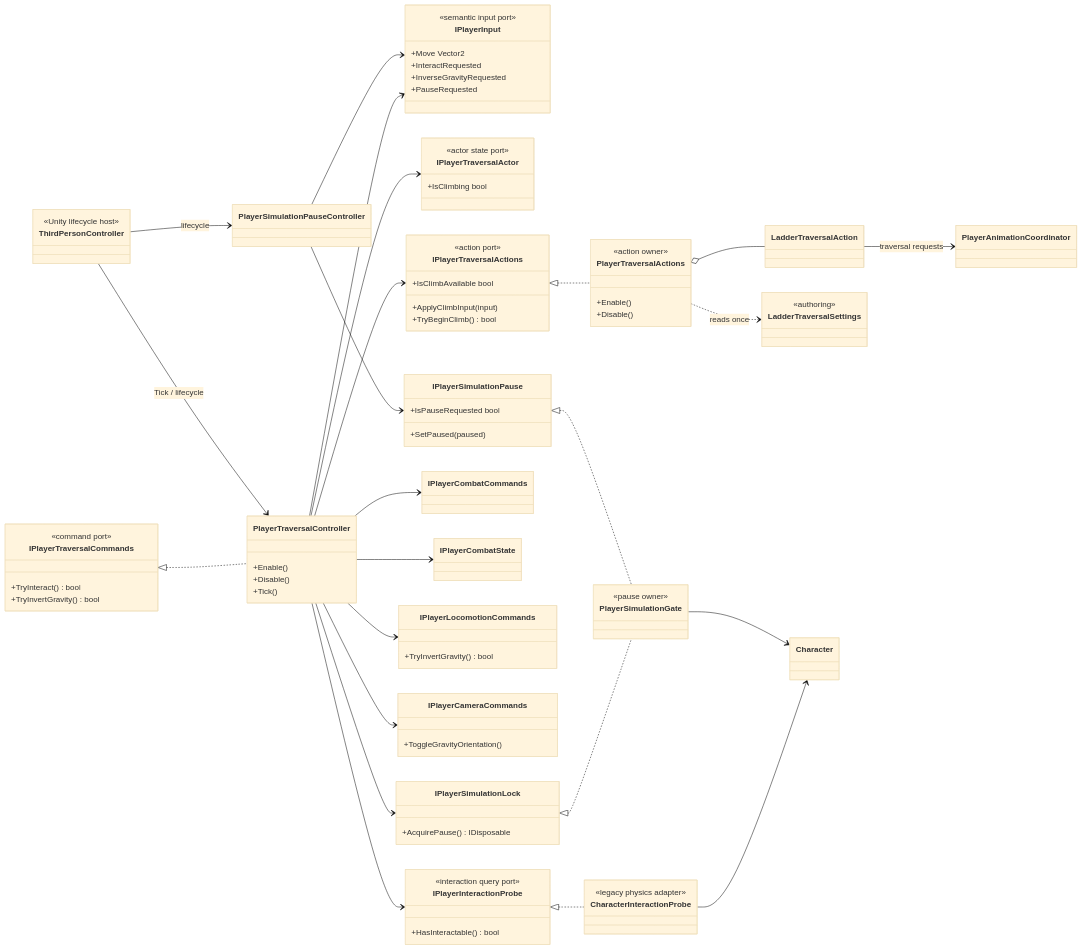
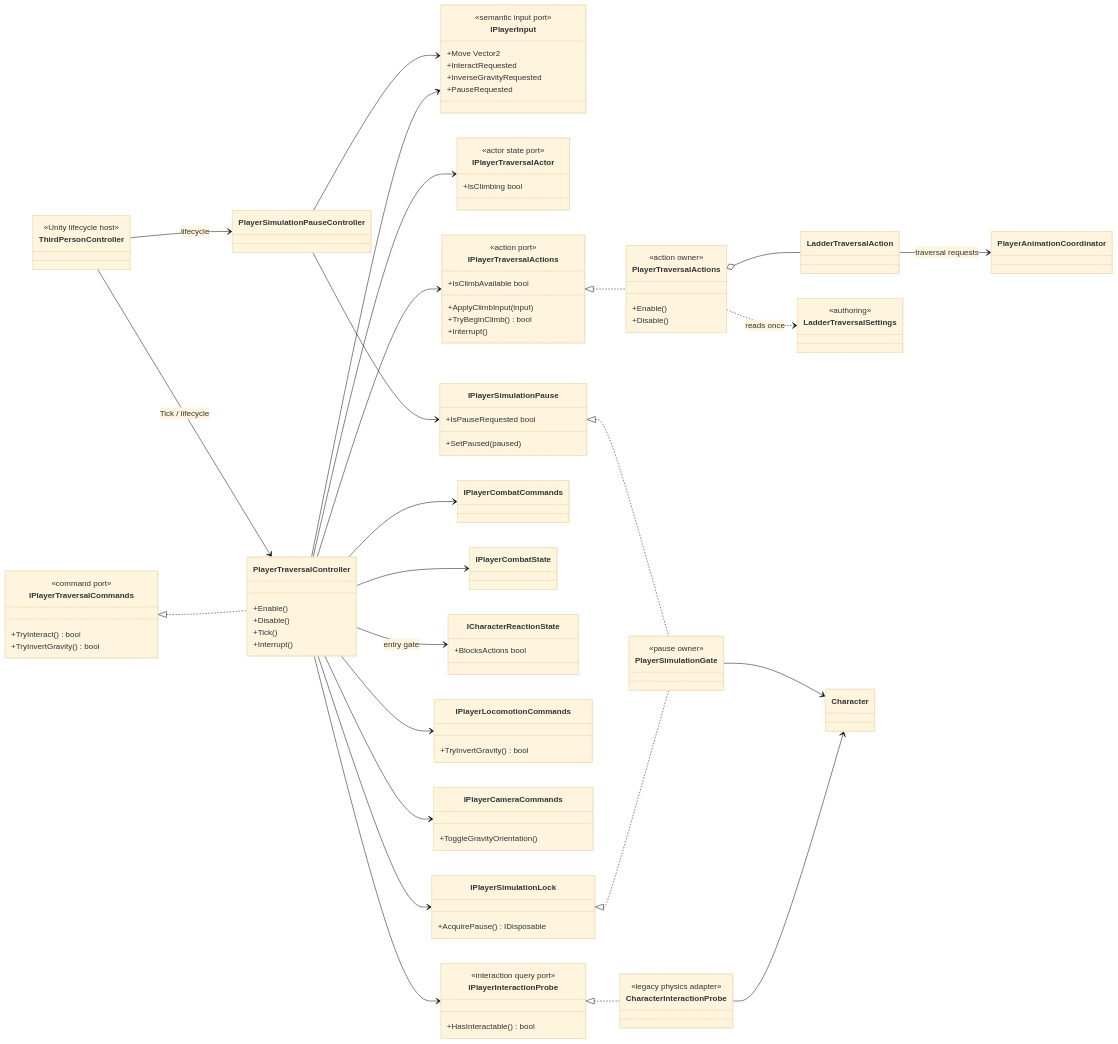
One commit to MaximFonariuc/project-s changed the first of 2 diagrams in Docs/Architecture/Player.Traversal.md. Above: the diagram before and after it, drawn with Mermaid (base theme). The commit also changed other lines of this file and 17 other files, not shown here.

```diff
--- a/Docs/Architecture/Player.Traversal.md
+++ b/Docs/Architecture/Player.Traversal.md
@@ -21,6 +21,7 @@
         +Enable()
         +Disable()
         +Tick()
+        +Interrupt()
     }
     class IPlayerInput {
         <<semantic input port>>
@@ -45,6 +46,7 @@
         +IsClimbAvailable bool
         +ApplyClimbInput(input)
         +TryBeginClimb() bool
+        +Interrupt()
     }
     class PlayerTraversalActions {
         <<action owner>>
@@ -58,6 +60,9 @@
     }
     class IPlayerCombatCommands
     class IPlayerCombatState
+    class ICharacterReactionState {
+        +BlocksActions bool
+    }
     class IPlayerLocomotionCommands {
         +TryInvertGravity() bool
     }
@@ -87,6 +92,7 @@
     PlayerTraversalController --> IPlayerTraversalActions
     PlayerTraversalController --> IPlayerCombatCommands
     PlayerTraversalController --> IPlayerCombatState
+    PlayerTraversalController --> ICharacterReactionState : entry gate
     PlayerTraversalController --> IPlayerLocomotionCommands
     PlayerTraversalController --> IPlayerCameraCommands
     PlayerTraversalController --> IPlayerSimulationLock
```
